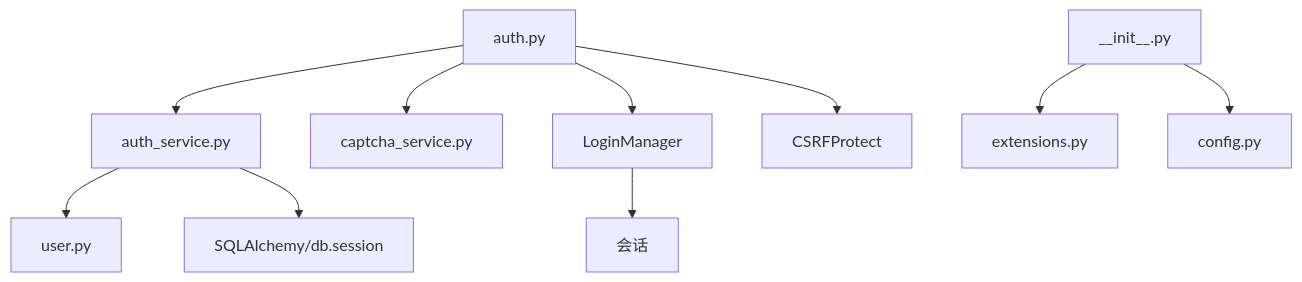
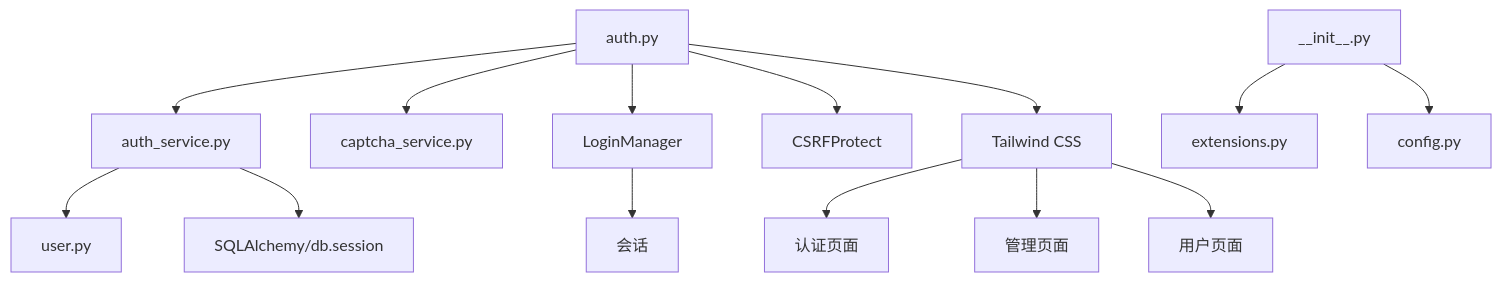
One commit to beyondalbert/my_wiki changed the tenth of 10 diagrams in .qoder/repowiki/zh/content/核心模块/用户系统模块/认证服务.md. Above: the diagram before and after it, drawn with Mermaid. The commit also changed other lines of this file and 7 other files, not shown here.

````diff
--- a/.qoder/repowiki/zh/content/核心模块/用户系统模块/认证服务.md
+++ b/.qoder/repowiki/zh/content/核心模块/用户系统模块/认证服务.md
@@ -404,12 +471,16 @@
 ```mermaid
 graph TB
 AuthBP["auth.py"] --> AuthService["auth_service.py"]
 AuthBP --> CaptchaSvc["captcha_service.py"]
 AuthService --> UserModel["user.py"]
 AuthService --> DB["SQLAlchemy/db.session"]
 AuthBP --> LM["LoginManager"]
 LM --> Session["会话"]
 AuthBP --> CSRF["CSRFProtect"]
 Factory["__init__.py"] --> Ext["extensions.py"]
 Factory --> Config["config.py"]
+Theme["Tailwind CSS"] --> AuthPages["认证页面"]
+Theme --> AdminPages["管理页面"]
+Theme --> UserPages["用户页面"]
+AuthBP --> Theme
 ```
````
